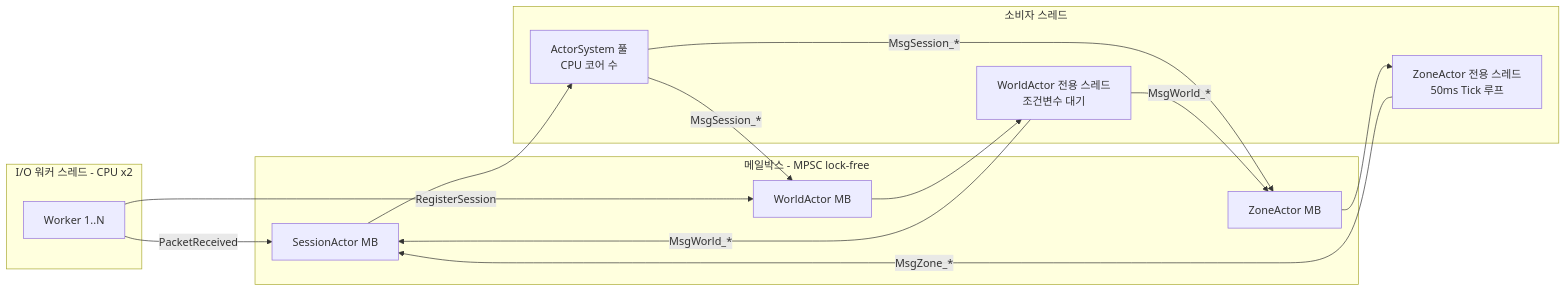
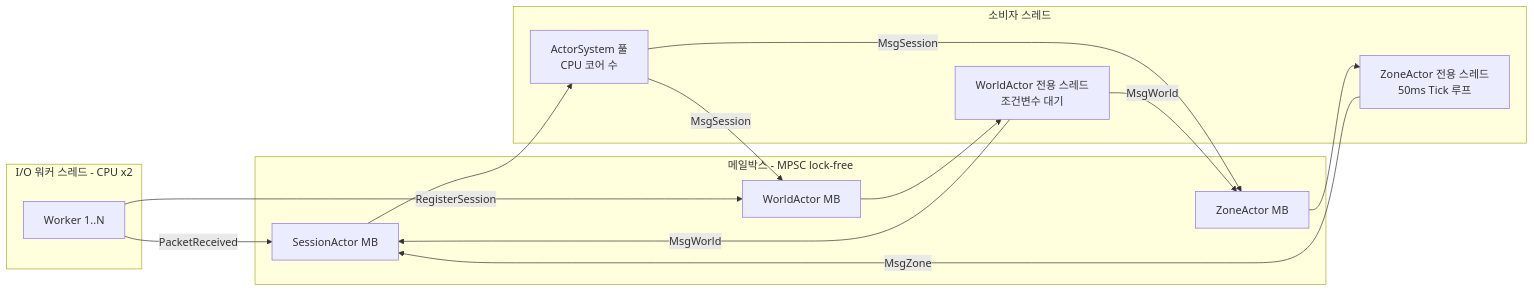
Before and after one commit to gimhema/Nexus-Engine: the second of 5 diagrams in NexusEngine/ARCHITECT.md, drawn with Mermaid. The commit also changed other lines of this file, not shown here.

````diff
--- a/NexusEngine/ARCHITECT.md
+++ b/NexusEngine/ARCHITECT.md
@@ -60,32 +61,32 @@
 ```mermaid
 flowchart LR
     subgraph IO["I/O 워커 스레드 - CPU x2"]
         W["Worker 1..N"]
     end
 
     subgraph MB["메일박스 - MPSC lock-free"]
         MB_SA["SessionActor MB"]
         MB_WA["WorldActor MB"]
         MB_ZA["ZoneActor MB"]
     end
 
     subgraph CONSUMERS["소비자 스레드"]
         POOL["ActorSystem 풀\nCPU 코어 수"]
         WAT["WorldActor 전용 스레드\n조건변수 대기"]
         ZAT["ZoneActor 전용 스레드\n50ms Tick 루프"]
     end
 
     W -->|"PacketReceived"| MB_SA
     W -->|"RegisterSession"| MB_WA
 
     MB_SA --> POOL
     MB_WA --> WAT
     MB_ZA --> ZAT
 
-    POOL -->|"MsgSession_*"| MB_WA
-    POOL -->|"MsgSession_*"| MB_ZA
+    POOL -->|"MsgSession"| MB_WA
+    POOL -->|"MsgSession"| MB_ZA
 
-    WAT -->|"MsgWorld_*"| MB_SA
-    WAT -->|"MsgWorld_*"| MB_ZA
-    ZAT -->|"MsgZone_*"| MB_SA
+    WAT -->|"MsgWorld"| MB_SA
+    WAT -->|"MsgWorld"| MB_ZA
+    ZAT -->|"MsgZone"| MB_SA
 ```
````
